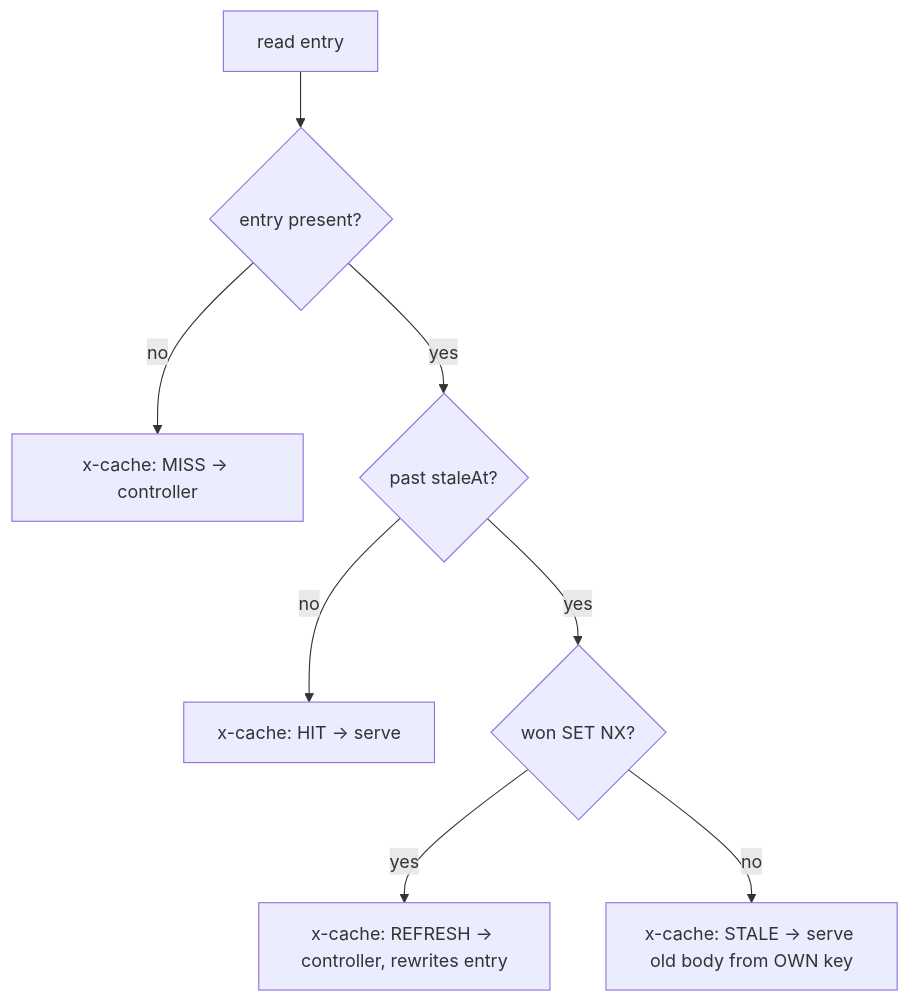
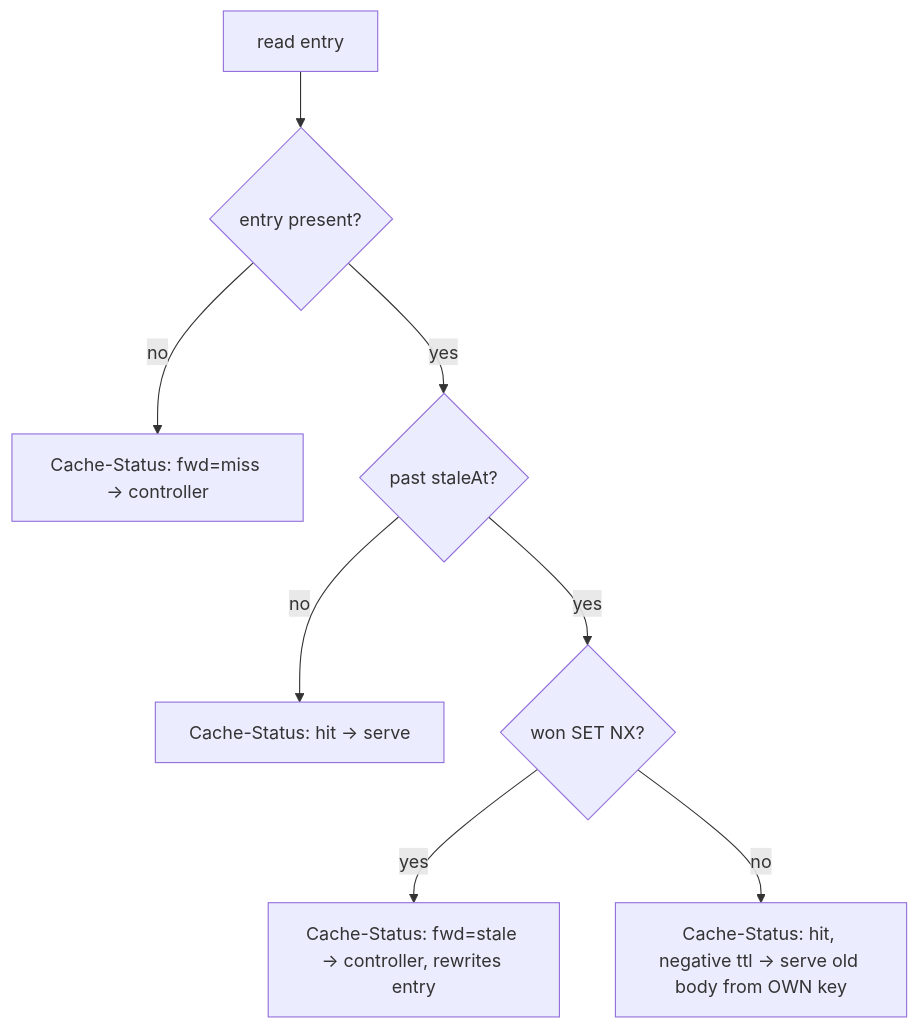
Before and after one commit to Guebbit/boilerplate-node-backend: the second of 6 diagrams in docs/tools/redis-cache.md, drawn with Mermaid. The commit also changed other lines of this file and 6 other files, not shown here.

First line of the commit message:
feat(cache): answer with the standard Cache-Status header in place of x-cache

````diff
--- a/docs/tools/redis-cache.md
+++ b/docs/tools/redis-cache.md
@@ -246,10 +246,10 @@
 ```mermaid
 flowchart TD
     R[read entry] --> E{entry present?}
-    E -->|no| M["x-cache: MISS → controller"]
+    E -->|no| M["Cache-Status: fwd=miss → controller"]
     E -->|yes| S{past staleAt?}
-    S -->|no| H["x-cache: HIT → serve"]
+    S -->|no| H["Cache-Status: hit → serve"]
     S -->|yes| C{won SET NX?}
-    C -->|yes| RF["x-cache: REFRESH → controller, rewrites entry"]
-    C -->|no| ST["x-cache: STALE → serve old body from OWN key"]
+    C -->|yes| RF["Cache-Status: fwd=stale → controller, rewrites entry"]
+    C -->|no| ST["Cache-Status: hit, negative ttl → serve old body from OWN key"]
 ```
````
